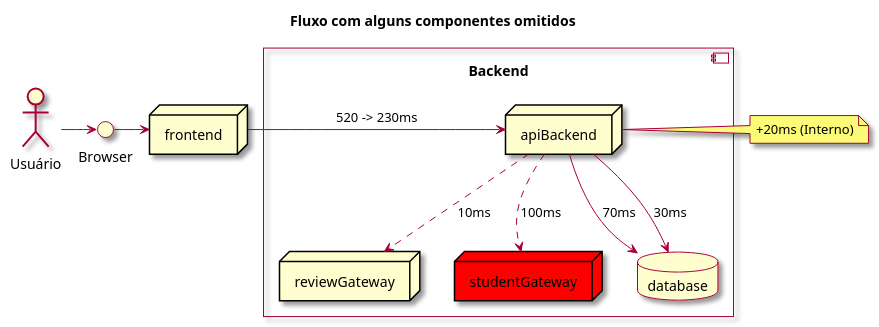
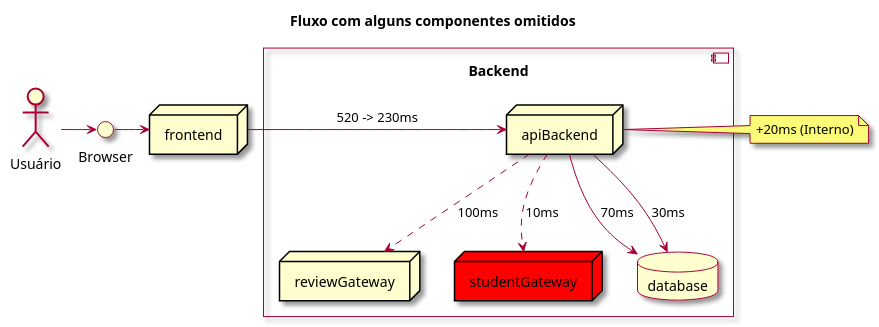
Before and after one commit to charlesardsilva/lecture-cache-content: the diagram in docs/diagrams/request-sem-cdn-with-partial-cache.plantuml, drawn with PlantUML.

Commit message:
Update cache info

```diff
--- a/docs/diagrams/request-sem-cdn-with-partial-cache.plantuml
+++ b/docs/diagrams/request-sem-cdn-with-partial-cache.plantuml
@@ -1,30 +1,30 @@
 @startuml
 
 skin rose
 
 Title: Fluxo com alguns componentes omitidos
 
 actor "Usuário" as actor
 interface "Browser" as browser
 node frontend
 
 actor -> browser
 browser -> frontend
 
 component "Backend\n" {
 
   node "apiBackend" as backend
   node reviewGateway as reviewGateway
   node studentGateway as studentGateway #red
   database database
 
   backend --> database: 70ms
   backend --> database: 30ms
-  backend ..> reviewGateway: 10ms
-  backend ..> studentGateway: 100ms
+  backend ..> reviewGateway: 100ms
+  backend ..> studentGateway: 10ms
 }
 
 frontend -> backend: 520 -> 230ms
 note right of backend: +20ms (Interno)
 
 @enduml
```
